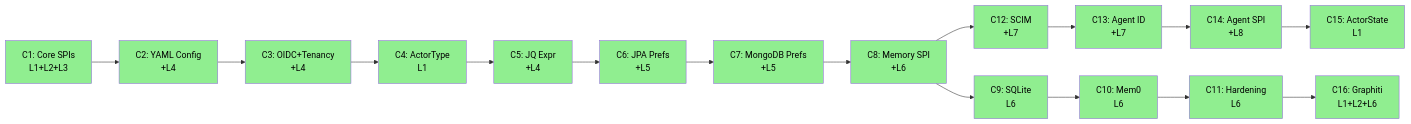
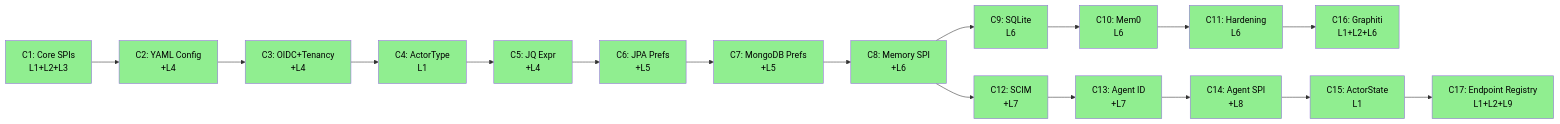
One commit to casehubio/platform changed the fifth of 5 diagrams in ARC42STORIES.MD. Above: the diagram before and after it, drawn with Mermaid. The commit also changed other lines of this file and 17 other files, not shown here.

First line of the commit message:
feat(platform-api): add EndpointRegistry SPI (platform#73)

````diff
--- a/ARC42STORIES.MD
+++ b/ARC42STORIES.MD
@@ -354,35 +361,37 @@
 ```mermaid
 flowchart LR
   C1["C1: Core SPIs\nL1+L2+L3"] --> C2["C2: YAML Config\n+L4"]
   C2 --> C3["C3: OIDC+Tenancy\n+L4"]
   C3 --> C4["C4: ActorType\nL1"]
   C4 --> C5["C5: JQ Expr\n+L4"]
   C5 --> C6["C6: JPA Prefs\n+L5"]
   C6 --> C7["C7: MongoDB Prefs\n+L5"]
   C7 --> C8["C8: Memory SPI\n+L6"]
   C8 --> C12["C12: SCIM\n+L7"]
   C8 --> C9["C9: SQLite\nL6"]
   C9 --> C10["C10: Mem0\nL6"]
   C10 --> C11["C11: Hardening\nL6"]
   C11 --> C16["C16: Graphiti\nL1+L2+L6"]
   C12 --> C13["C13: Agent ID\n+L7"]
   C13 --> C14["C14: Agent SPI\n+L8"]
   C14 --> C15["C15: ActorState\nL1"]
+  C15 --> C17["C17: Endpoint Registry\nL1+L2+L9"]
 
   style C1 fill:#90EE90,color:#000
   style C2 fill:#90EE90,color:#000
   style C3 fill:#90EE90,color:#000
   style C4 fill:#90EE90,color:#000
   style C5 fill:#90EE90,color:#000
   style C6 fill:#90EE90,color:#000
   style C7 fill:#90EE90,color:#000
   style C8 fill:#90EE90,color:#000
   style C9 fill:#90EE90,color:#000
   style C10 fill:#90EE90,color:#000
   style C11 fill:#90EE90,color:#000
   style C12 fill:#90EE90,color:#000
   style C13 fill:#90EE90,color:#000
   style C14 fill:#90EE90,color:#000
   style C15 fill:#90EE90,color:#000
   style C16 fill:#90EE90,color:#000
+  style C17 fill:#90EE90,color:#000
 ```
````
